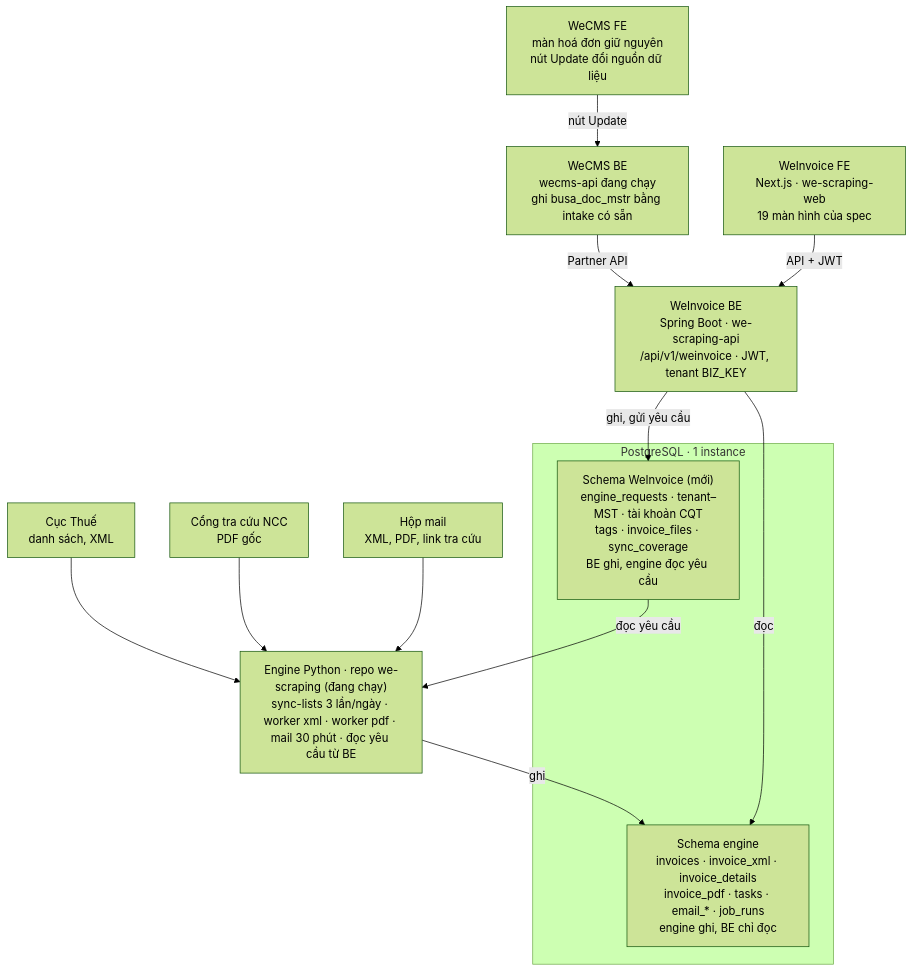
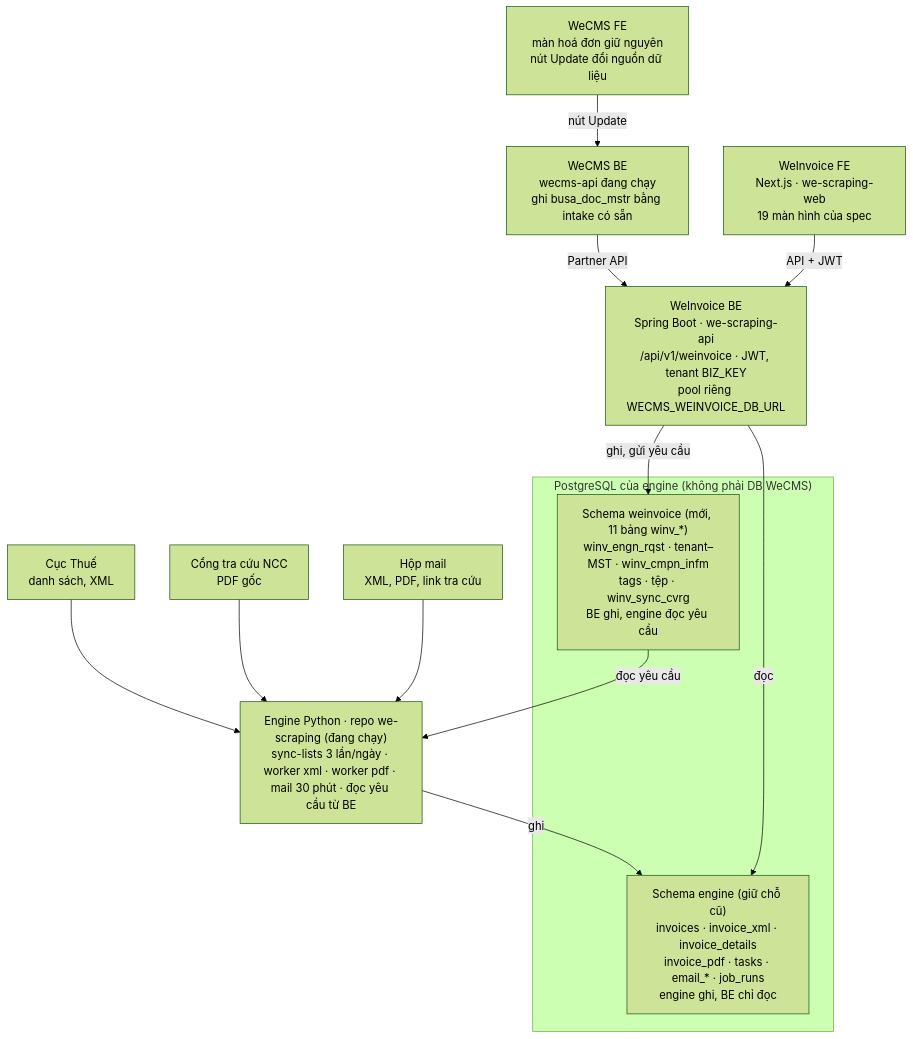
The diagram in docs/features/addon-service/weinvoice/weinvoice-api-and-data-2026-11-02.md (wetaxsetting/we-scraping-api), drawn with Mermaid (forest theme) before and after one commit. The commit also changed other lines of this file and 124 other files, not shown here.

Commit message:
feat(weinvoice): P1 API (40 app + 2 partner endpoints), DB scripts, docs

````diff
--- a/docs/features/addon-service/weinvoice/weinvoice-api-and-data-2026-11-02.md
+++ b/docs/features/addon-service/weinvoice/weinvoice-api-and-data-2026-11-02.md
@@ -41,19 +41,19 @@
 ```mermaid
 flowchart TB
     gdt["Cục Thuế<br/>danh sách, XML"] --> engine
     ncc["Cổng tra cứu NCC<br/>PDF gốc"] --> engine
     mail["Hộp mail<br/>XML, PDF, link tra cứu"] --> engine
     engine["Engine Python · repo we-scraping (đang chạy)<br/>sync-lists 3 lần/ngày · worker xml · worker pdf · mail 30 phút · đọc yêu cầu từ BE"]
-    subgraph pg["PostgreSQL · 1 instance"]
-        se["Schema engine<br/>invoices · invoice_xml · invoice_details<br/>invoice_pdf · tasks · email_* · job_runs<br/>engine ghi, BE chỉ đọc"]
-        sw["Schema WeInvoice (mới)<br/>engine_requests · tenant–MST · tài khoản CQT<br/>tags · invoice_files · sync_coverage<br/>BE ghi, engine đọc yêu cầu"]
+    subgraph pg["PostgreSQL của engine (không phải DB WeCMS)"]
+        se["Schema engine (giữ chỗ cũ)<br/>invoices · invoice_xml · invoice_details<br/>invoice_pdf · tasks · email_* · job_runs<br/>engine ghi, BE chỉ đọc"]
+        sw["Schema weinvoice (mới, 11 bảng winv_*)<br/>winv_engn_rqst · tenant–MST · winv_cmpn_infm<br/>tags · tệp · winv_sync_cvrg<br/>BE ghi, engine đọc yêu cầu"]
     end
     engine -->|"ghi"| se
     sw -->|"đọc yêu cầu"| engine
-    be["WeInvoice BE<br/>Spring Boot · we-scraping-api<br/>/api/v1/weinvoice · JWT, tenant BIZ_KEY"]
+    be["WeInvoice BE<br/>Spring Boot · we-scraping-api<br/>/api/v1/weinvoice · JWT, tenant BIZ_KEY<br/>pool riêng WECMS_WEINVOICE_DB_URL"]
     be -->|"đọc"| se
     be -->|"ghi, gửi yêu cầu"| sw
     wecmsbe["WeCMS BE<br/>wecms-api đang chạy<br/>ghi busa_doc_mstr bằng intake có sẵn"] -->|"Partner API"| be
     fe["WeInvoice FE<br/>Next.js · we-scraping-web<br/>19 màn hình của spec"] -->|"API + JWT"| be
     wecmsfe["WeCMS FE<br/>màn hoá đơn giữ nguyên<br/>nút Update đổi nguồn dữ liệu"] -->|"nút Update"| wecmsbe
 ```
````
